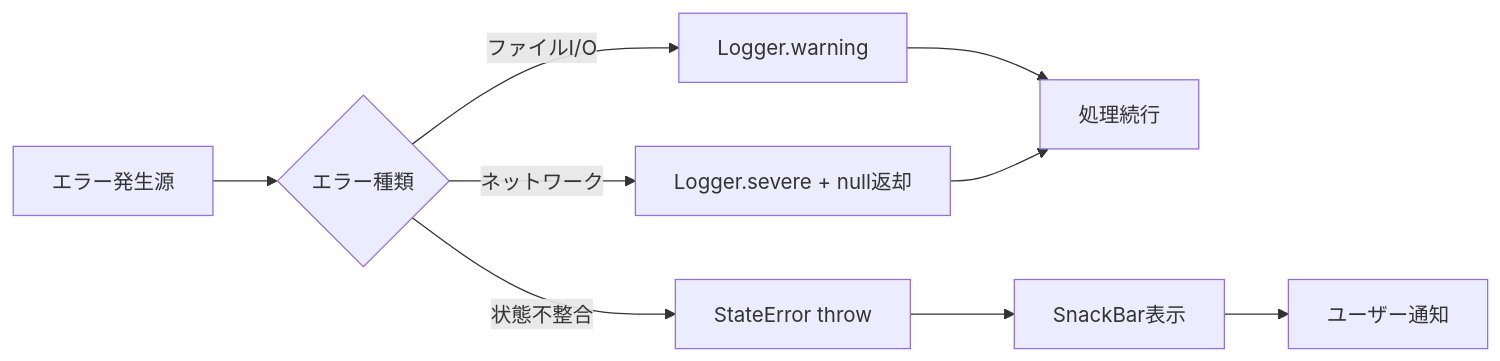
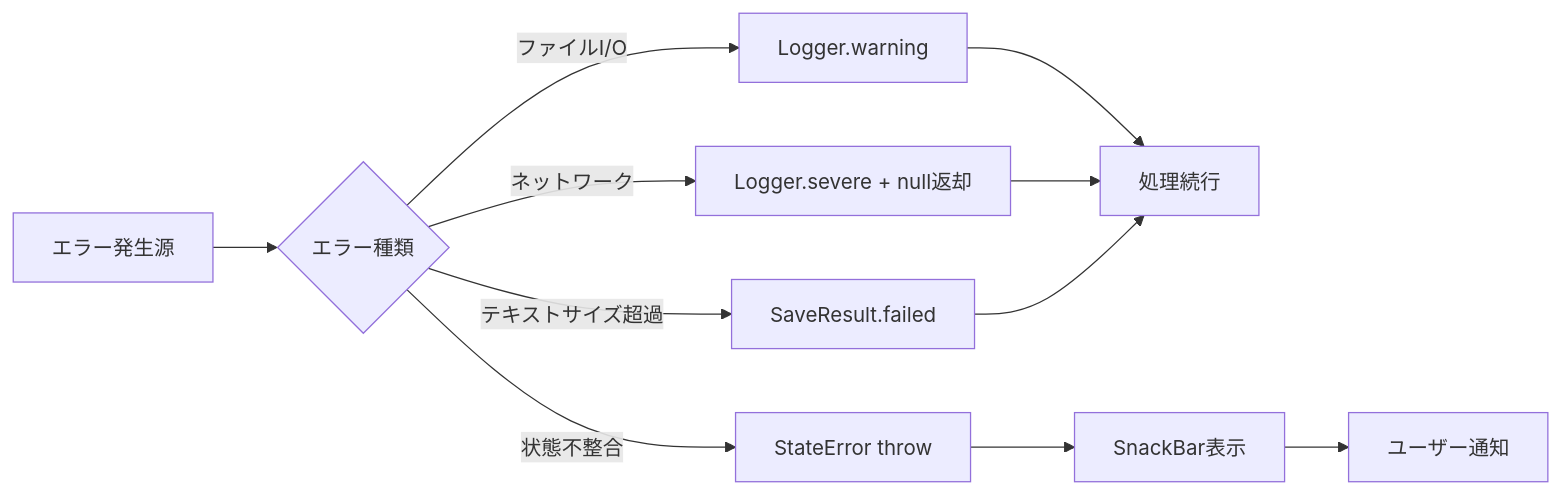
One commit to lietsee/clip-pix changed diagram 11 of 11 in docs/architecture/data_flow.md. Above: the diagram before and after it, drawn with Mermaid. The commit also changed other lines of this file and 13 other files, not shown here.

````diff
--- a/docs/architecture/data_flow.md
+++ b/docs/architecture/data_flow.md
@@ -335,12 +429,14 @@
 ```mermaid
 flowchart LR
     A[エラー発生源] --> B{エラー種類}
     B -->|ファイルI/O| C[Logger.warning]
     B -->|ネットワーク| D[Logger.severe + null返却]
     B -->|状態不整合| E[StateError throw]
+    B -->|テキストサイズ超過| F[SaveResult.failed]
 
-    C --> F[処理続行]
-    D --> F
-    E --> G[SnackBar表示]
-    G --> H[ユーザー通知]
+    C --> G[処理続行]
+    D --> G
+    F --> G
+    E --> H[SnackBar表示]
+    H --> I[ユーザー通知]
 ```
````
